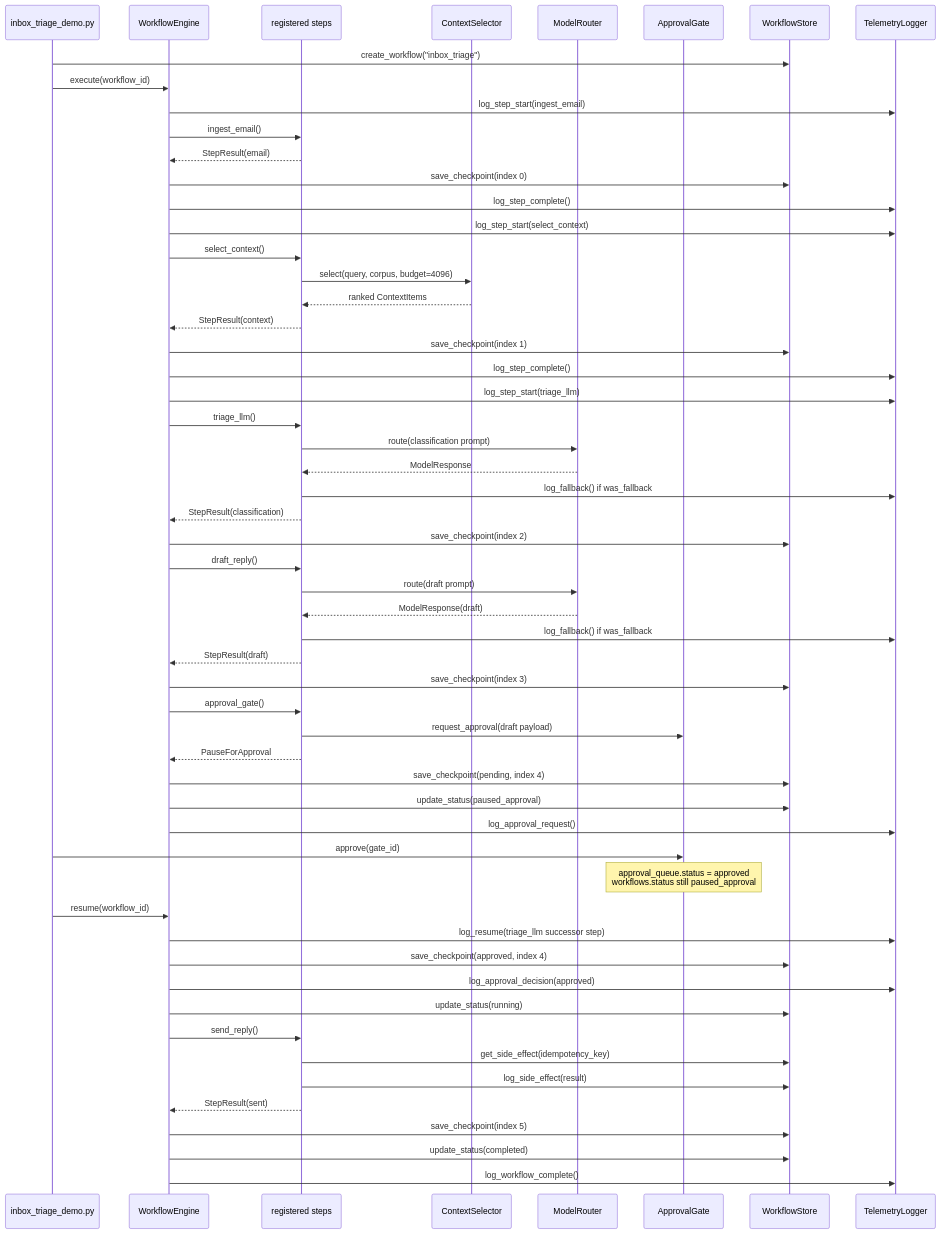
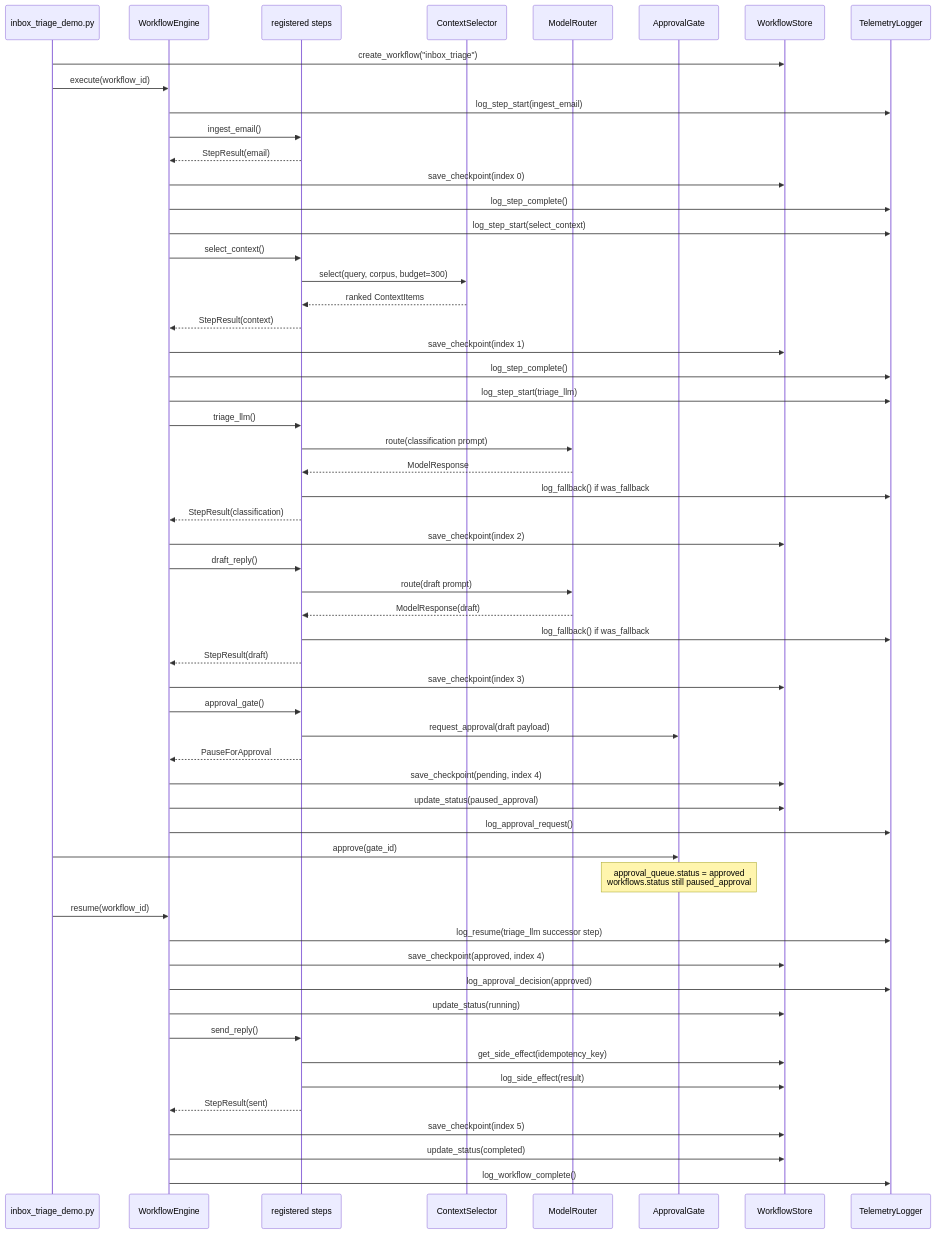
One commit to maxgregaabig/durableflow changed the fifth of 14 diagrams in docs/dflow-arch.md. Above: the diagram before and after it, drawn with Mermaid. The commit also changed other lines of this file and 7 other files, not shown here.

````diff
--- a/docs/dflow-arch.md
+++ b/docs/dflow-arch.md
@@ -169,65 +169,65 @@
 ```mermaid
 sequenceDiagram
     participant Demo as inbox_triage_demo.py
     participant Engine as WorkflowEngine
     participant Steps as registered steps
     participant Selector as ContextSelector
     participant Router as ModelRouter
     participant Approval as ApprovalGate
     participant Store as WorkflowStore
     participant Telemetry as TelemetryLogger
 
     Demo->>Store: create_workflow("inbox_triage")
     Demo->>Engine: execute(workflow_id)
     Engine->>Telemetry: log_step_start(ingest_email)
     Engine->>Steps: ingest_email()
     Steps-->>Engine: StepResult(email)
     Engine->>Store: save_checkpoint(index 0)
     Engine->>Telemetry: log_step_complete()
 
     Engine->>Telemetry: log_step_start(select_context)
     Engine->>Steps: select_context()
-    Steps->>Selector: select(query, corpus, budget=4096)
+    Steps->>Selector: select(query, corpus, budget=300)
     Selector-->>Steps: ranked ContextItems
     Steps-->>Engine: StepResult(context)
     Engine->>Store: save_checkpoint(index 1)
     Engine->>Telemetry: log_step_complete()
 
     Engine->>Telemetry: log_step_start(triage_llm)
     Engine->>Steps: triage_llm()
     Steps->>Router: route(classification prompt)
     Router-->>Steps: ModelResponse
     Steps->>Telemetry: log_fallback() if was_fallback
     Steps-->>Engine: StepResult(classification)
     Engine->>Store: save_checkpoint(index 2)
 
     Engine->>Steps: draft_reply()
     Steps->>Router: route(draft prompt)
     Router-->>Steps: ModelResponse(draft)
     Steps->>Telemetry: log_fallback() if was_fallback
     Steps-->>Engine: StepResult(draft)
     Engine->>Store: save_checkpoint(index 3)
 
     Engine->>Steps: approval_gate()
     Steps->>Approval: request_approval(draft payload)
     Steps-->>Engine: PauseForApproval
     Engine->>Store: save_checkpoint(pending, index 4)
     Engine->>Store: update_status(paused_approval)
     Engine->>Telemetry: log_approval_request()
 
     Demo->>Approval: approve(gate_id)
     Note over Approval: approval_queue.status = approved<br/>workflows.status still paused_approval
     Demo->>Engine: resume(workflow_id)
     Engine->>Telemetry: log_resume(triage_llm successor step)
     Engine->>Store: save_checkpoint(approved, index 4)
     Engine->>Telemetry: log_approval_decision(approved)
     Engine->>Store: update_status(running)
 
     Engine->>Steps: send_reply()
     Steps->>Store: get_side_effect(idempotency_key)
     Steps->>Store: log_side_effect(result)
     Steps-->>Engine: StepResult(sent)
     Engine->>Store: save_checkpoint(index 5)
     Engine->>Store: update_status(completed)
     Engine->>Telemetry: log_workflow_complete()
 ```
````
